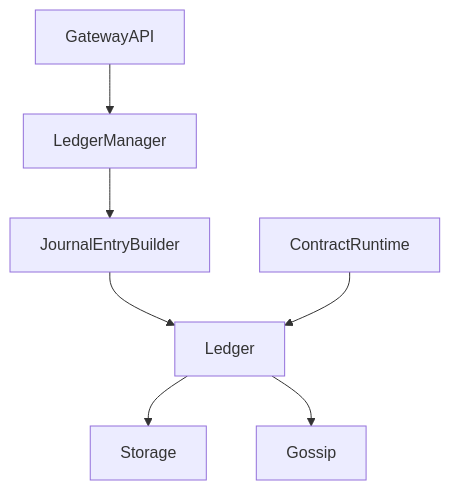
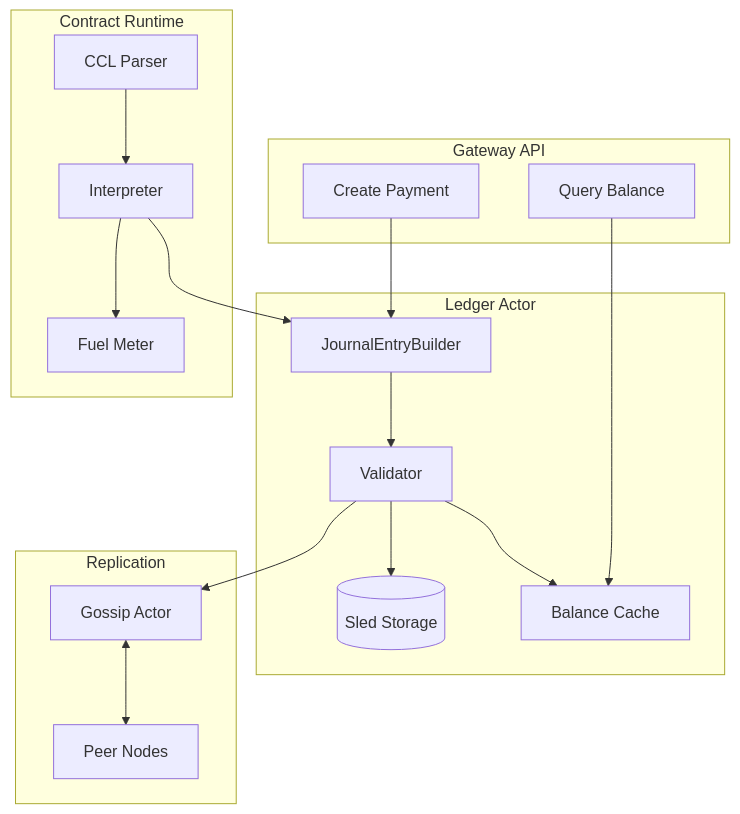
The first of 2 diagrams in docs/onboarding/modules/module-06-ledger-contracts.md (InterCooperative-Network/icn), drawn with Mermaid before and after one commit. The commit also changed other lines of this file and 9 other files, not shown here.

````diff
--- a/docs/onboarding/modules/module-06-ledger-contracts.md
+++ b/docs/onboarding/modules/module-06-ledger-contracts.md
@@ -38,9 +713,39 @@
 ```mermaid
-flowchart TD
-  api[GatewayAPI] --> ledgerMgr[LedgerManager]
-  ledgerMgr --> builder[JournalEntryBuilder]
-  builder --> ledger[Ledger]
-  ledger --> store[Storage]
-  ledger --> gossip[Gossip]
-  contracts[ContractRuntime] --> ledger
+flowchart TB
+    subgraph API[Gateway API]
+        Create[Create Payment]
+        Query[Query Balance]
+    end
+
+    subgraph Ledger[Ledger Actor]
+        Builder[JournalEntryBuilder]
+        Validator[Validator]
+        Storage[(Sled Storage)]
+        Cache[Balance Cache]
+    end
+
+    subgraph Contract[Contract Runtime]
+        Parser[CCL Parser]
+        Interpreter[Interpreter]
+        Fuel[Fuel Meter]
+    end
+
+    subgraph Sync[Replication]
+        Gossip[Gossip Actor]
+        Peers[Peer Nodes]
+    end
+
+    Create --> Builder
+    Builder --> Validator
+    Validator --> Storage
+    Validator --> Cache
+    Validator --> Gossip
+
+    Parser --> Interpreter
+    Interpreter --> Fuel
+    Interpreter --> Builder
+
+    Query --> Cache
+
+    Gossip <--> Peers
 ```
````
